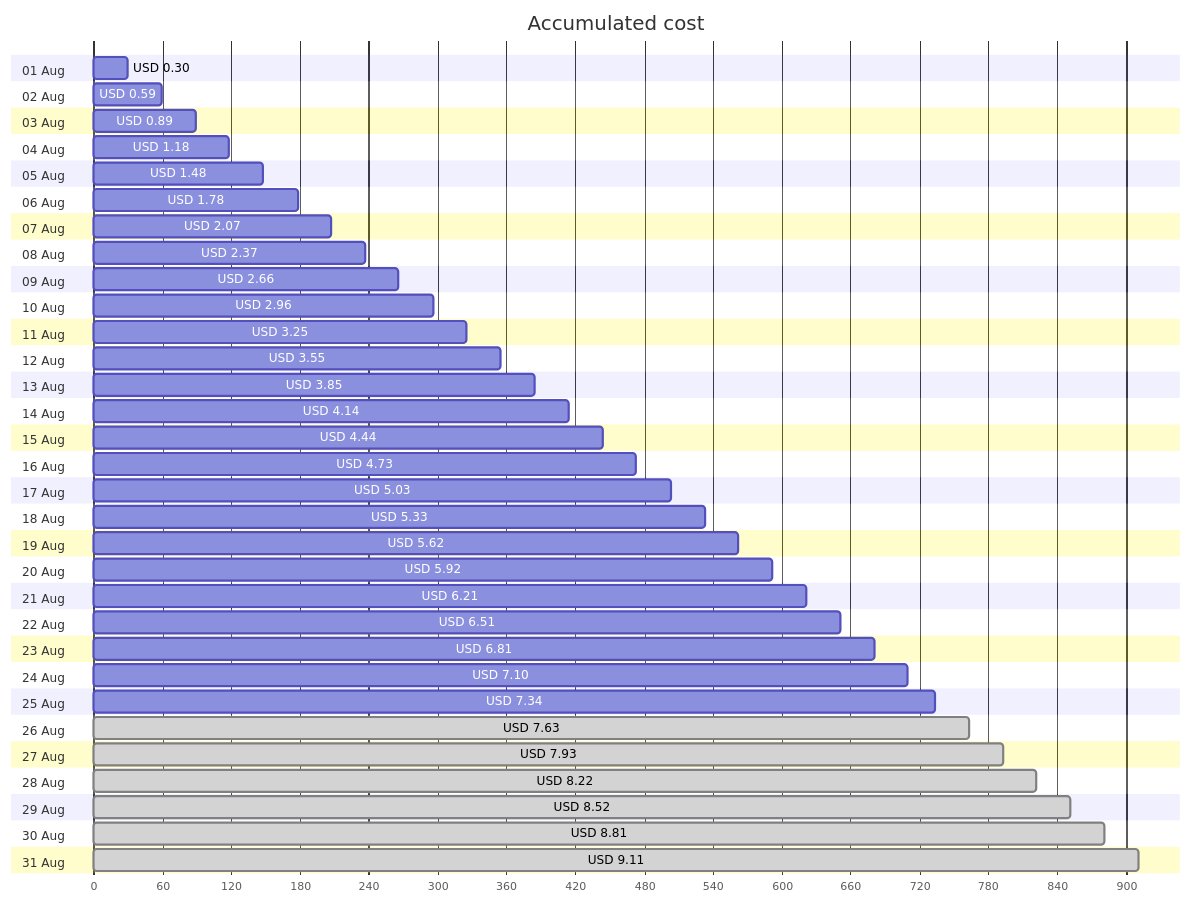
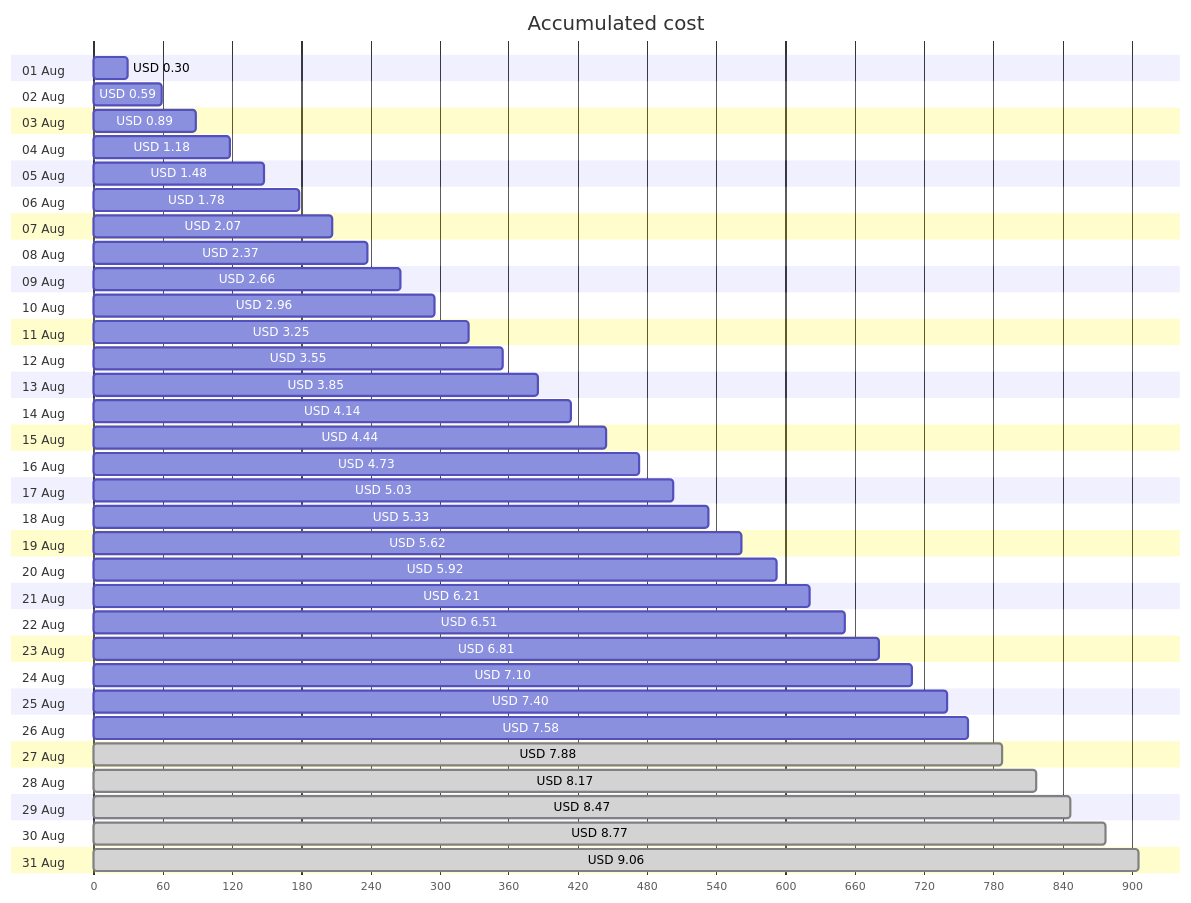
One commit to jpfulton/azure-personal-reports changed the first of 4 diagrams in cost-reports/personal-site/personal-site-preview.md. Above: the diagram before and after it, drawn with Mermaid. The commit also changed other lines of this file and 6 other files, not shown here.

````diff
--- a/cost-reports/personal-site/personal-site-preview.md
+++ b/cost-reports/personal-site/personal-site-preview.md
@@ -20,68 +20,68 @@
 ```mermaid
 gantt
    title Accumulated cost
    dateFormat  X
    axisFormat %s
    section 01 Aug
    USD 0.30 :0, 30
    section 02 Aug
    USD 0.59 :0, 59
    section 03 Aug
    USD 0.89 :0, 89
    section 04 Aug
    USD 1.18 :0, 118
    section 05 Aug
    USD 1.48 :0, 148
    section 06 Aug
    USD 1.78 :0, 178
    section 07 Aug
    USD 2.07 :0, 207
    section 08 Aug
    USD 2.37 :0, 237
    section 09 Aug
    USD 2.66 :0, 266
    section 10 Aug
    USD 2.96 :0, 296
    section 11 Aug
    USD 3.25 :0, 325
    section 12 Aug
    USD 3.55 :0, 355
    section 13 Aug
    USD 3.85 :0, 385
    section 14 Aug
    USD 4.14 :0, 414
    section 15 Aug
    USD 4.44 :0, 444
    section 16 Aug
    USD 4.73 :0, 473
    section 17 Aug
    USD 5.03 :0, 503
    section 18 Aug
    USD 5.33 :0, 533
    section 19 Aug
    USD 5.62 :0, 562
    section 20 Aug
    USD 5.92 :0, 592
    section 21 Aug
    USD 6.21 :0, 621
    section 22 Aug
    USD 6.51 :0, 651
    section 23 Aug
    USD 6.81 :0, 681
    section 24 Aug
    USD 7.10 :0, 710
    section 25 Aug
-   USD 7.34 :0, 734
+   USD 7.40 :0, 740
    section 26 Aug
-   USD 7.63 : done, 0, 763
+   USD 7.58 :0, 758
    section 27 Aug
-   USD 7.93 : done, 0, 793
+   USD 7.88 : done, 0, 788
    section 28 Aug
-   USD 8.22 : done, 0, 822
+   USD 8.17 : done, 0, 817
    section 29 Aug
-   USD 8.52 : done, 0, 852
+   USD 8.47 : done, 0, 847
    section 30 Aug
-   USD 8.81 : done, 0, 881
+   USD 8.77 : done, 0, 877
    section 31 Aug
-   USD 9.11 : done, 0, 911
+   USD 9.06 : done, 0, 906
 ```
````
